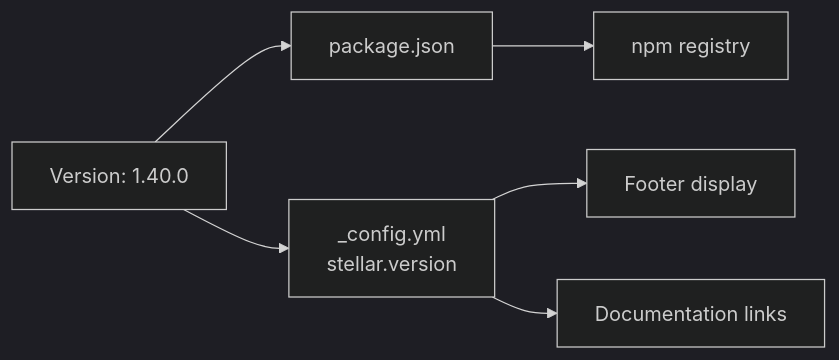
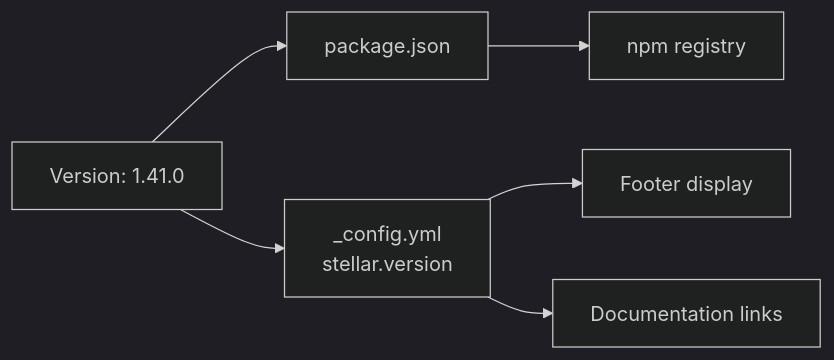
One commit to penndu/hexo changed the fifth of 5 diagrams in themes/stellar/docs/knowledge/00-总览与安装配置/installation.md. Above: the diagram before and after it, drawn with Mermaid (dark theme). The commit also changed other lines of this file and 84 other files, not shown here.

````diff
--- a/themes/stellar/docs/knowledge/00-总览与安装配置/installation.md
+++ b/themes/stellar/docs/knowledge/00-总览与安装配置/installation.md
@@ -373,14 +373,14 @@
 ```mermaid
 graph LR
-    VER["Version: 1.40.0"]
+    VER["Version: 1.41.0"]
     
     PKG["package.json"]
     CONFIG["_config.yml<br/>stellar.version"]
     
     VER --> PKG
     VER --> CONFIG
     
     PKG --> NPM["npm registry"]
     CONFIG --> FOOTER["Footer display"]
     CONFIG --> DOCS["Documentation links"]
 ```
````
